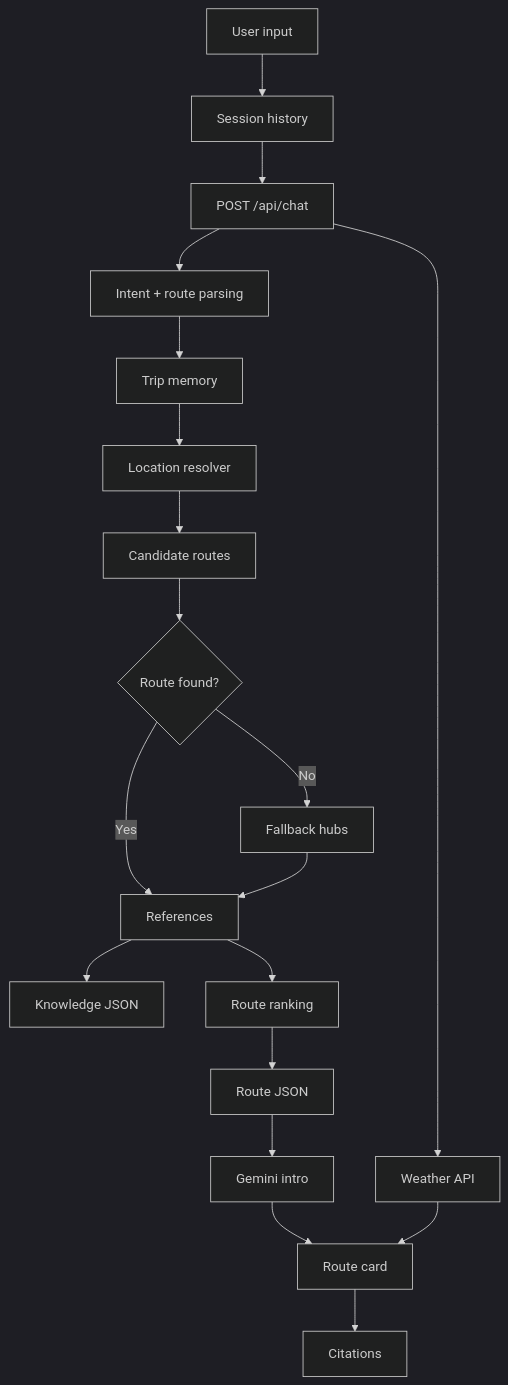
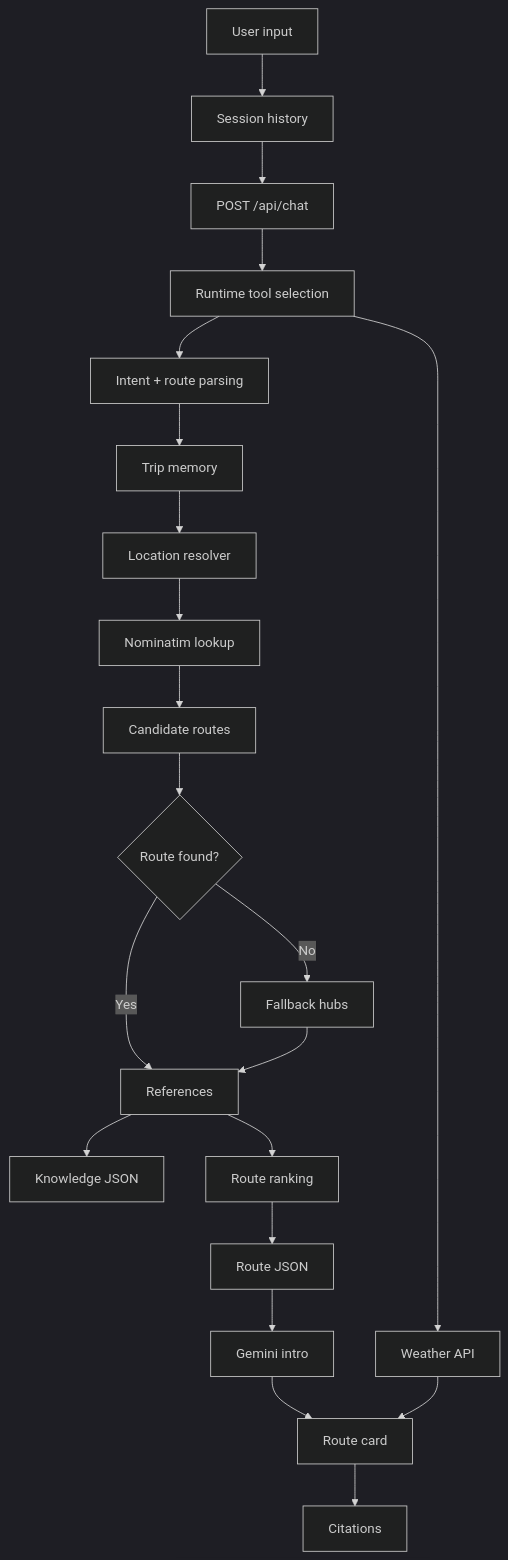
One commit to jenenerz/Saan changed the diagram in README.md. Above: the diagram before and after it, drawn with Mermaid (dark theme). The commit also changed other lines of this file and 2 other files, not shown here.

Commit message:
Added runtime tool selection and Nominatim location validation

````diff
--- a/README.md
+++ b/README.md
@@ -152,21 +156,23 @@
 ```mermaid
 flowchart TD
   A["User input"] --> B["Session history"]
   B --> C["POST /api/chat"]
-  C --> D["Intent + route parsing"]
+  C --> R["Runtime tool selection"]
+  R --> D["Intent + route parsing"]
+  R --> O["Weather API"]
   D --> E["Trip memory"]
   E --> F["Location resolver"]
-  F --> G["Candidate routes"]
+  F --> V["Nominatim lookup"]
+  V --> G["Candidate routes"]
   G --> H{"Route found?"}
   H -- "No" --> I["Fallback hubs"]
   H -- "Yes" --> J["References"]
   I --> J
   J --> K["Knowledge JSON"]
   J --> L["Route ranking"]
   L --> M["Route JSON"]
   M --> N["Gemini intro"]
-  C --> O["Weather API"]
   N --> P["Route card"]
   O --> P
   P --> Q["Citations"]
 ```
````
